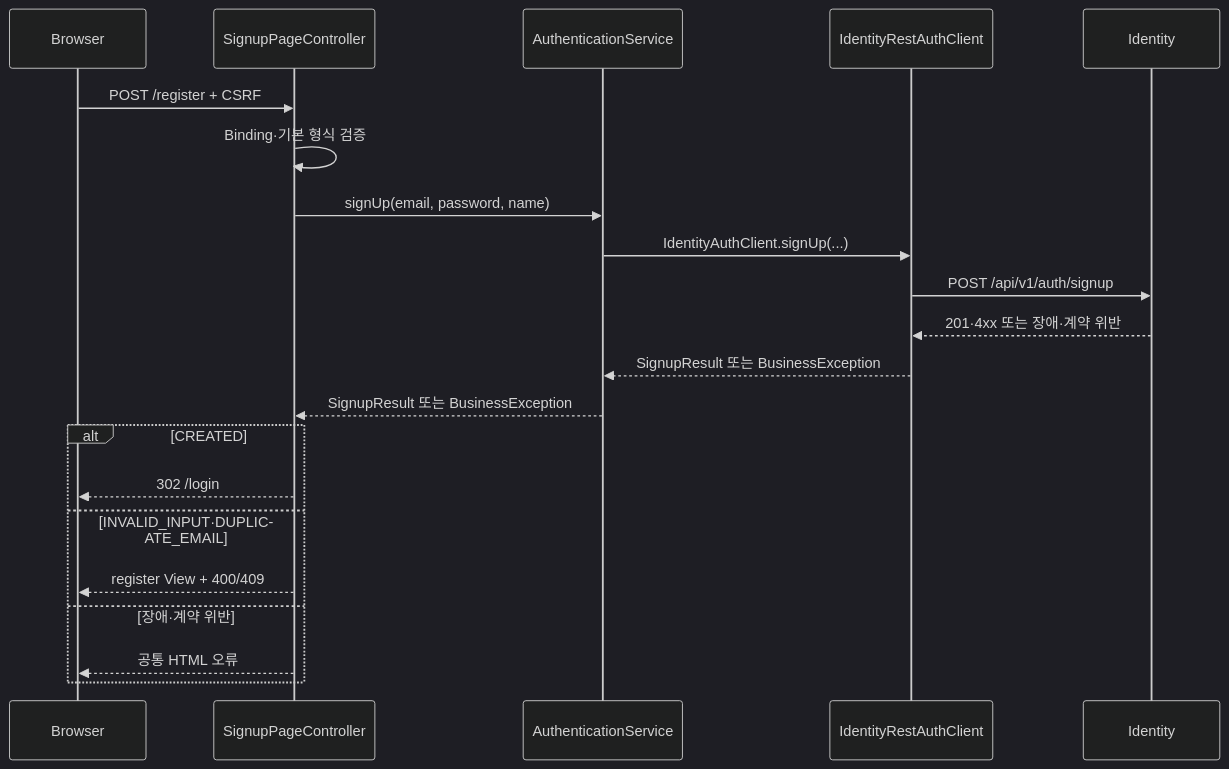
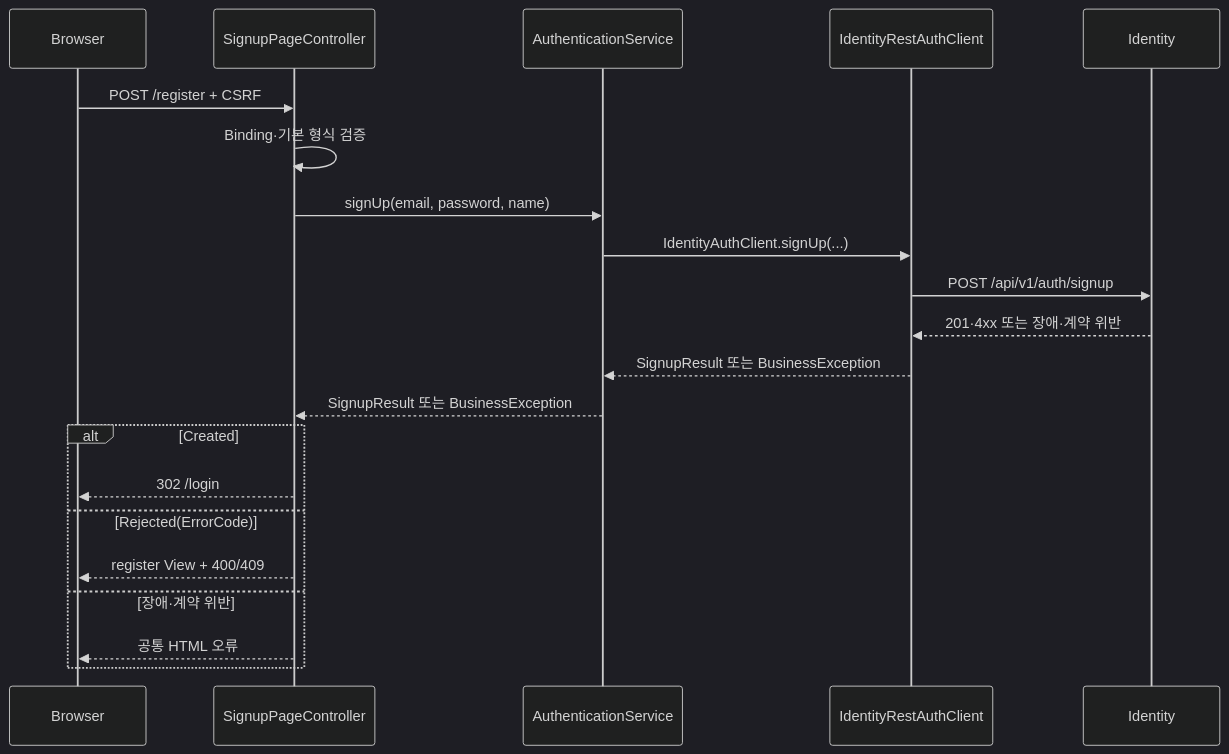
The second of 4 diagrams in docs/onboarding/02-session-authentication-flow.md (nhnacademy-aiot3-omagotchi/omagotchi-frontend), drawn with Mermaid (dark theme) before and after one commit. The commit also changed other lines of this file and 8 other files, not shown here.

````diff
--- a/docs/onboarding/02-session-authentication-flow.md
+++ b/docs/onboarding/02-session-authentication-flow.md
@@ -229,24 +229,24 @@
 ```mermaid
 sequenceDiagram
     participant B as Browser
     participant PC as SignupPageController
     participant AS as AuthenticationService
     participant IC as IdentityRestAuthClient
     participant I as Identity
 
     B->>PC: POST /register + CSRF
     PC->>PC: Binding·기본 형식 검증
     PC->>AS: signUp(email, password, name)
     AS->>IC: IdentityAuthClient.signUp(...)
     IC->>I: POST /api/v1/auth/signup
     I-->>IC: 201·4xx 또는 장애·계약 위반
     IC-->>AS: SignupResult 또는 BusinessException
     AS-->>PC: SignupResult 또는 BusinessException
-    alt CREATED
+    alt Created
         PC-->>B: 302 /login
-    else INVALID_INPUT·DUPLICATE_EMAIL
+    else Rejected(ErrorCode)
         PC-->>B: register View + 400/409
     else 장애·계약 위반
         PC-->>B: 공통 HTML 오류
     end
 ```
````
